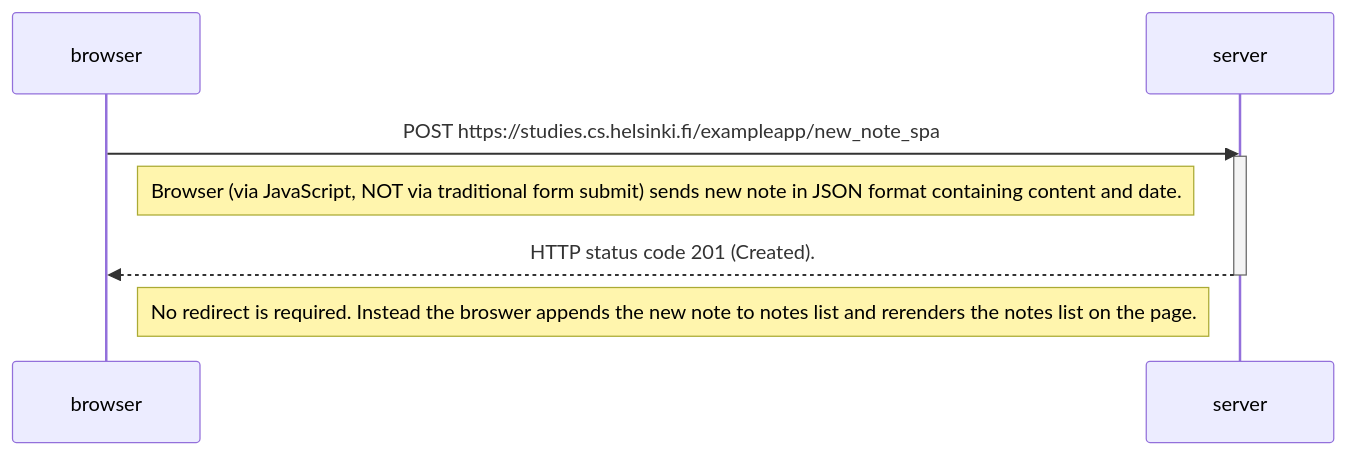
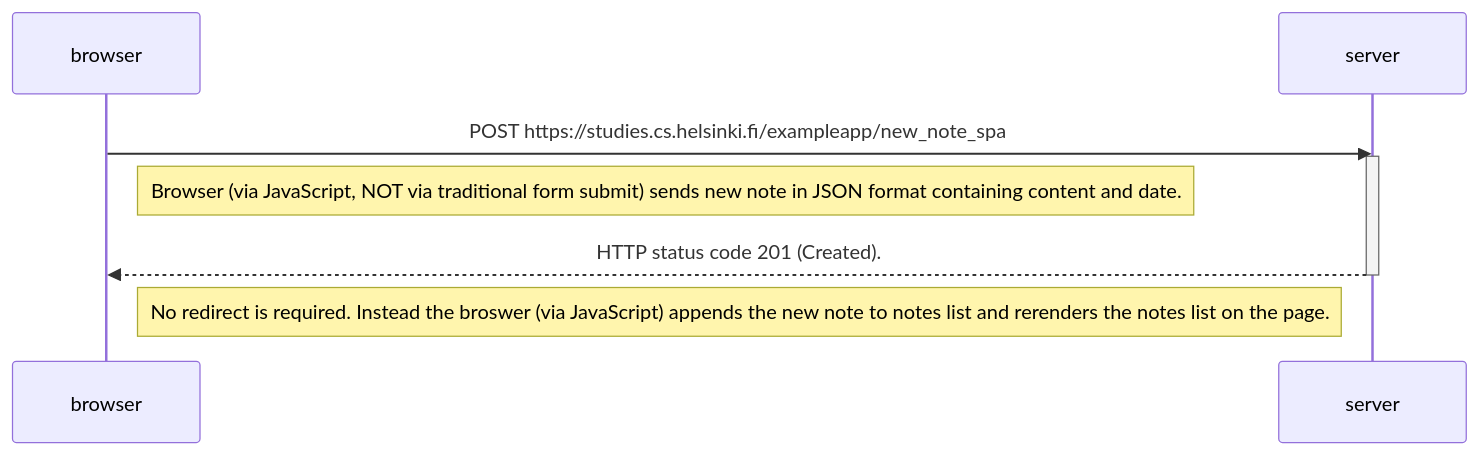
The diagram in part0/0.6 New note in Single page app diagram.md (chrisfrick/fullstackopen), drawn with Mermaid before and after one commit.

Commit message:
Update 0.6 New note in Single page app diagram.md

````diff
--- a/part0/0.6 New note in Single page app diagram.md
+++ b/part0/0.6 New note in Single page app diagram.md
@@ -3,17 +3,17 @@
 ```mermaid
 sequenceDiagram
     participant browser
     participant server
     
     browser->>server: POST https://studies.cs.helsinki.fi/exampleapp/new_note_spa
     activate server
     
     Note right of browser: Browser (via JavaScript, NOT via traditional form submit) sends new note in JSON format containing content and date.
     
     server-->>browser: HTTP status code 201 (Created).
     deactivate server
     
-    Note right of browser: No redirect is required. Instead the broswer appends the new note to notes list and rerenders the notes list on the page.
+    Note right of browser: No redirect is required. Instead the broswer (via JavaScript) appends the new note to notes list and rerenders the notes list on the page.
     
     
 ```
````
